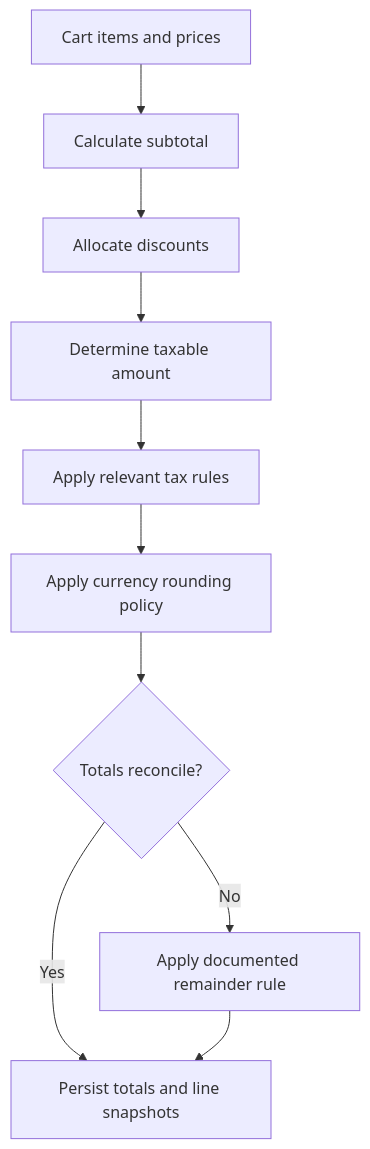
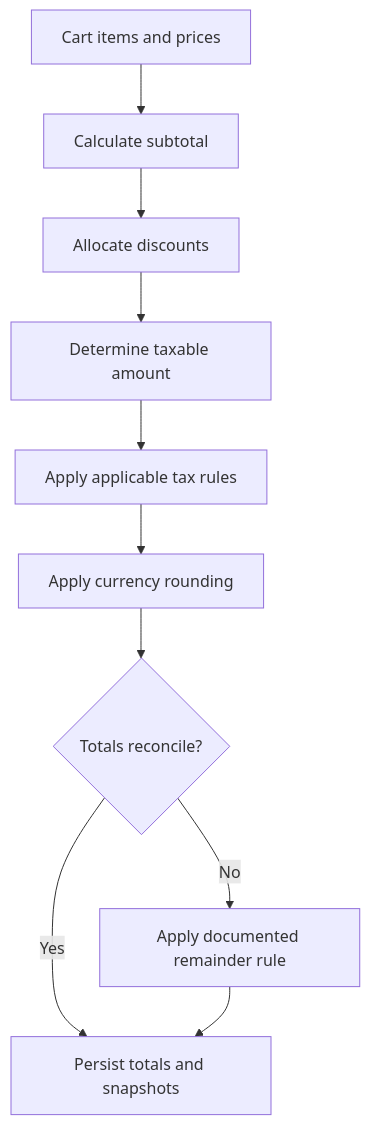
The diagram in diagrams/pricing-and-tax.mmd (Nawaz393/enterprise-retail-saas-architecture), drawn with Mermaid before and after one commit. The commit also changed 21 other files, not shown here.

First line of the commit message:
Refactor documentation and diagrams for clarity and accuracy

```diff
--- a/diagrams/pricing-and-tax.mmd
+++ b/diagrams/pricing-and-tax.mmd
@@ -1,10 +1,10 @@
 flowchart TD
     ITEMS[Cart items and prices] --> SUB[Calculate subtotal]
-    SUB --> DISCOUNT[Allocate discounts]
-    DISCOUNT --> TAXBASE[Determine taxable amount]
-    TAXBASE --> TAX[Apply relevant tax rules]
-    TAX --> ROUND[Apply currency rounding policy]
-    ROUND --> RECONCILE{Totals reconcile?}
-    RECONCILE -->|No| ADJUST[Apply documented remainder rule]
-    RECONCILE -->|Yes| SAVE[Persist totals and line snapshots]
-    ADJUST --> SAVE
+    SUB --> DISC[Allocate discounts]
+    DISC --> BASE[Determine taxable amount]
+    BASE --> TAX[Apply applicable tax rules]
+    TAX --> ROUND[Apply currency rounding]
+    ROUND --> CHECK{Totals reconcile?}
+    CHECK -->|No| DELTA[Apply documented remainder rule]
+    CHECK -->|Yes| SAVE[Persist totals and snapshots]
+    DELTA --> SAVE
```
